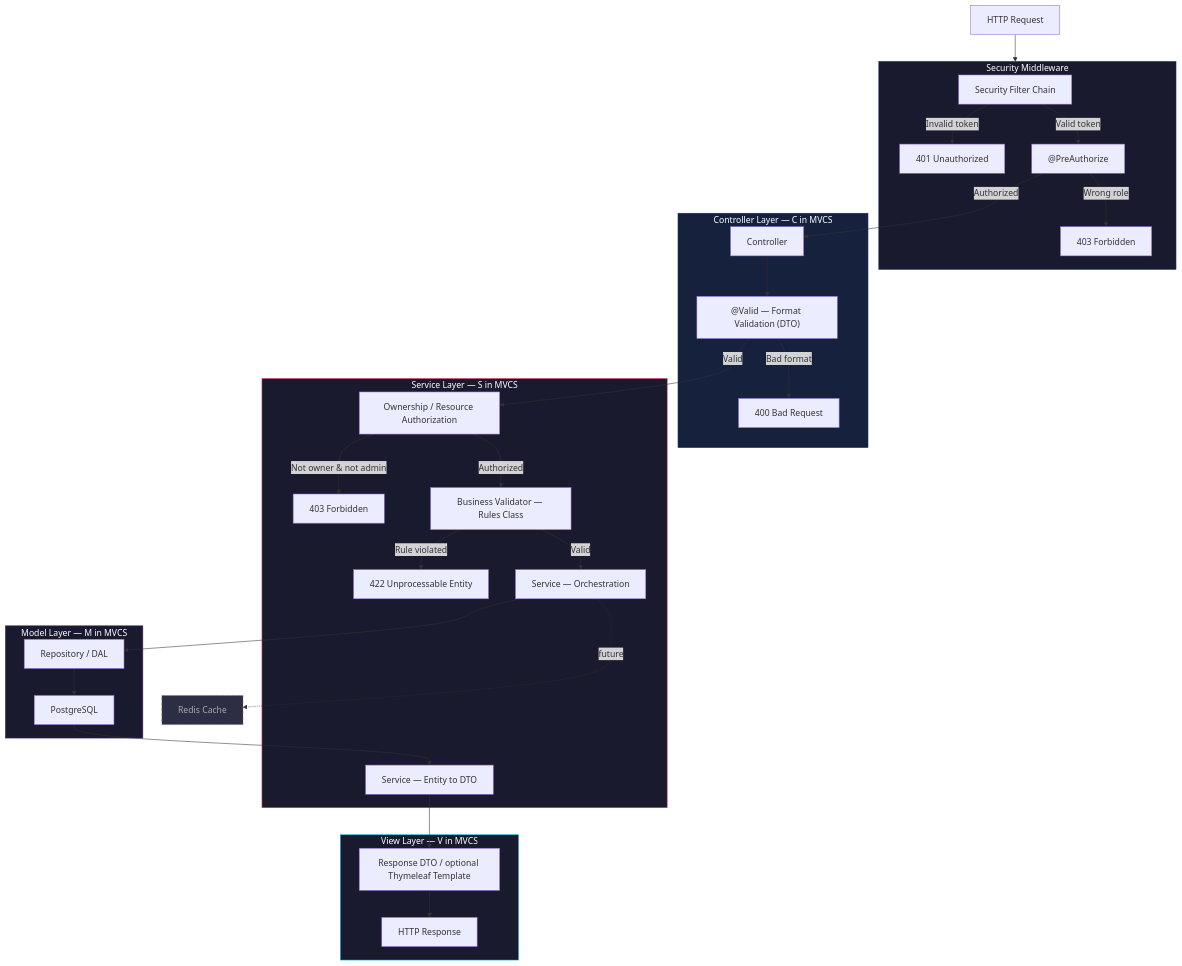
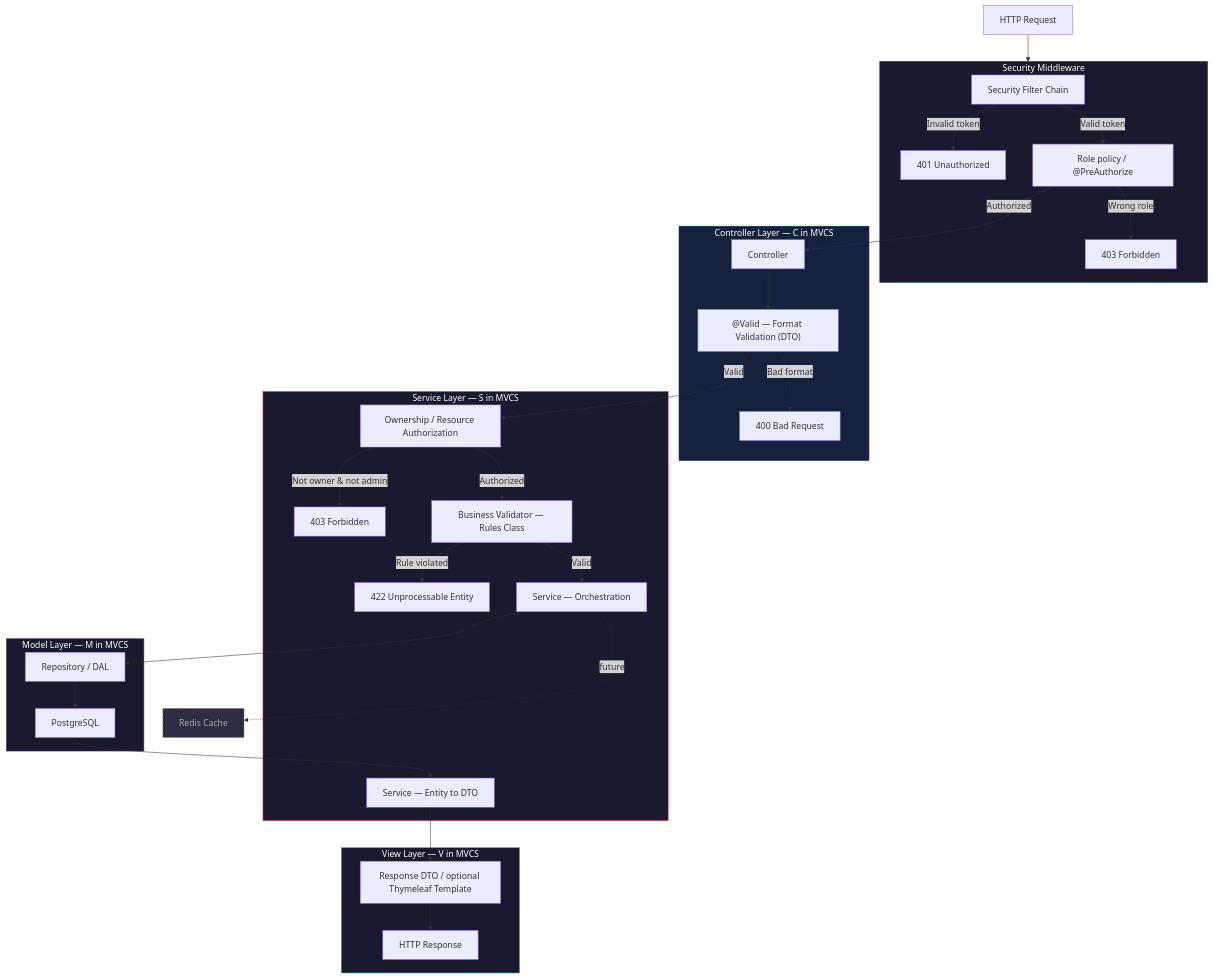
The first of 3 diagrams in docs/ARCHITECTURE.md (experiment001-on-secret-2500blobs129124/cpmss), drawn with Mermaid before and after one commit. The commit also changed other lines of this file and 6 other files, not shown here.

First line of the commit message:
docs(architecture): Align technical documentation

````diff
--- a/docs/ARCHITECTURE.md
+++ b/docs/ARCHITECTURE.md
@@ -19,54 +40,54 @@
 ```mermaid
 flowchart TD
     A["HTTP Request"] --> SEC
 
     subgraph SEC ["Security Middleware"]
         B["Security Filter Chain"]
         B -->|"Invalid token"| B1["401 Unauthorized"]
-        B -->|"Valid token"| C["@PreAuthorize"]
+        B -->|"Valid token"| C["Role policy / @PreAuthorize"]
         C -->|"Wrong role"| C1["403 Forbidden"]
     end
 
     C -->|"Authorized"| D
 
     subgraph CTRL ["Controller Layer — C in MVCS"]
         D["Controller"]
         D --> E["@Valid — Format Validation (DTO)"]
         E -->|"Bad format"| E1["400 Bad Request"]
     end
 
     E -->|"Valid"| F
 
     subgraph SVC ["Service Layer — S in MVCS"]
         F["Ownership / Resource Authorization"]
         F -->|"Not owner & not admin"| F1["403 Forbidden"]
         F -->|"Authorized"| G["Business Validator — Rules Class"]
         G -->|"Rule violated"| G1["422 Unprocessable Entity"]
         G -->|"Valid"| H["Service — Orchestration"]
         H2["Service — Entity to DTO"]
     end
 
     subgraph MDL ["Model Layer — M in MVCS"]
         I["Repository / DAL"]
         I --> J["PostgreSQL"]
     end
 
     H --> I
     J --> H2
 
     H -..->|"future"| R["Redis Cache"]
 
     subgraph VW ["View Layer — V in MVCS"]
         K["Response DTO / optional Thymeleaf Template"]
         K --> L["HTTP Response"]
     end
 
     H2 --> K
 
     style SEC fill:#1a1a2e,stroke:#0f3460,color:#fff
     style CTRL fill:#16213e,stroke:#0f3460,color:#fff
     style SVC fill:#1a1a2e,stroke:#e94560,color:#fff
     style MDL fill:#1a1a2e,stroke:#533483,color:#fff
     style VW fill:#1a1a2e,stroke:#00b4d8,color:#fff
     style R fill:#2d2d44,stroke:#888,stroke-dasharray: 5 5,color:#aaa
 ```
````
